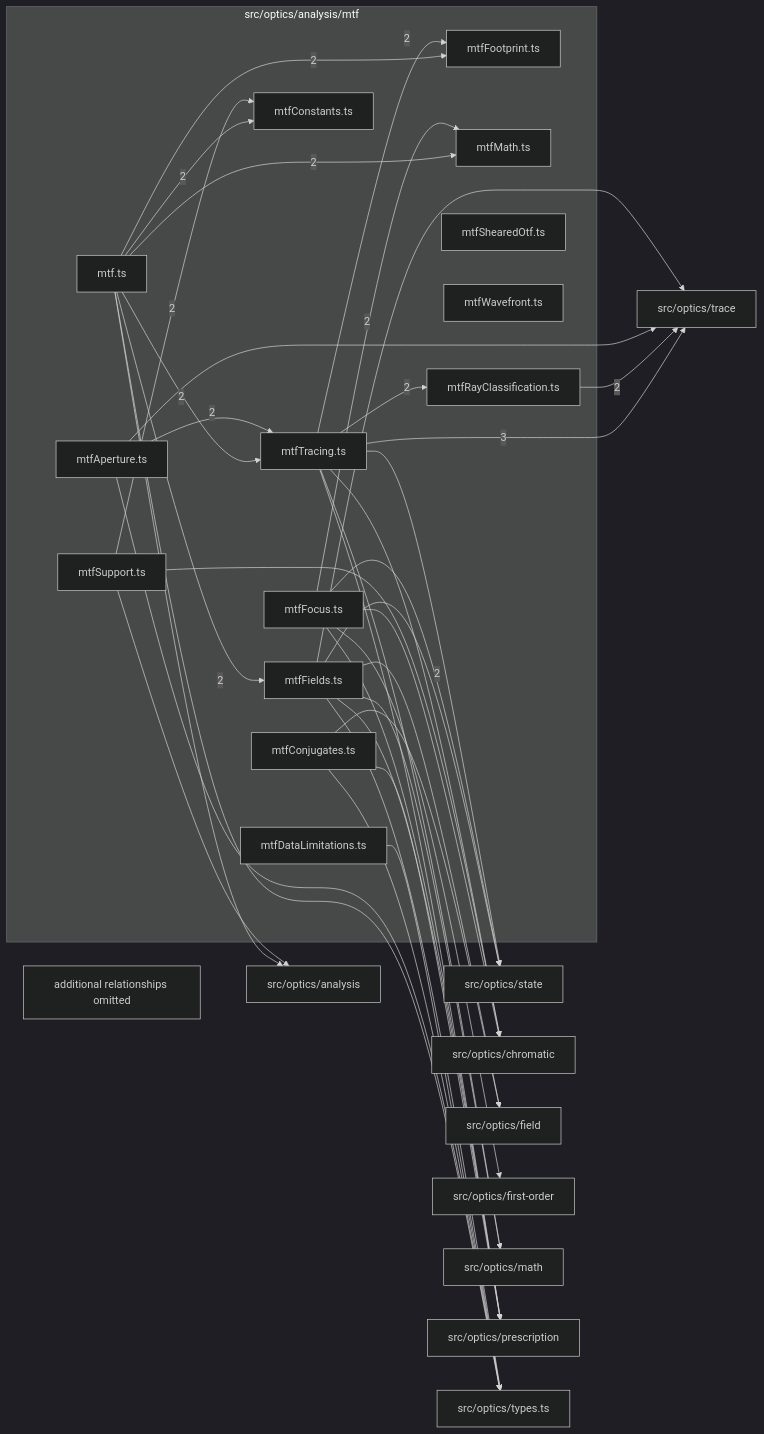
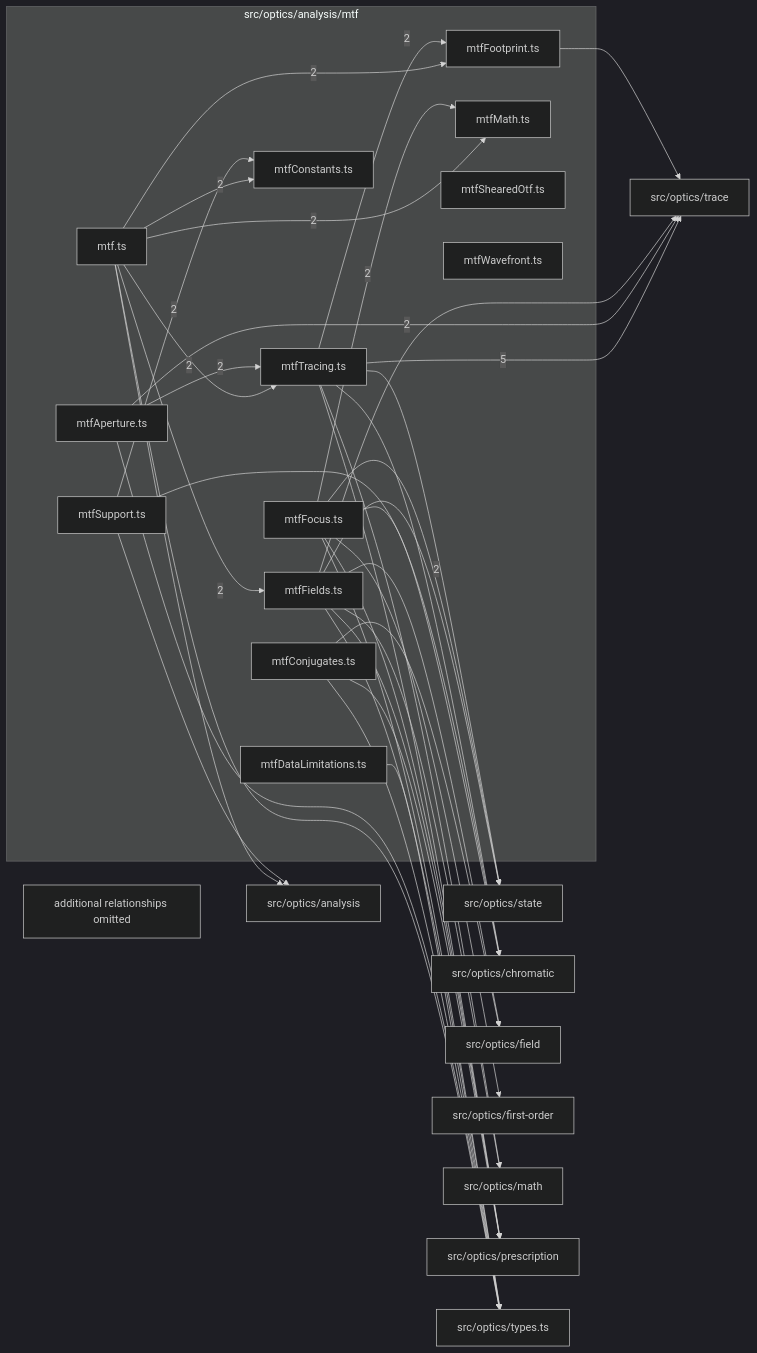
The diagram in src/optics/analysis/mtf/readme.md (ronbuening/LensVisualizer), drawn with Mermaid (dark theme) before and after one commit. The commit also changed other lines of this file and 7 other files, not shown here.

````diff
--- a/src/optics/analysis/mtf/readme.md
+++ b/src/optics/analysis/mtf/readme.md
@@ -9,65 +9,64 @@
 ```mermaid
 flowchart LR
   subgraph n_src_optics_analysis_mtf["src/optics/analysis/mtf"]
     n_src_optics_analysis_mtf_src_optics_analysis_mtf_mtf_ts["mtf.ts"]
     n_src_optics_analysis_mtf_src_optics_analysis_mtf_mtfAperture_ts["mtfAperture.ts"]
     n_src_optics_analysis_mtf_src_optics_analysis_mtf_mtfConjugates_ts["mtfConjugates.ts"]
     n_src_optics_analysis_mtf_src_optics_analysis_mtf_mtfConstants_ts["mtfConstants.ts"]
     n_src_optics_analysis_mtf_src_optics_analysis_mtf_mtfDataLimitations_ts["mtfDataLimitations.ts"]
     n_src_optics_analysis_mtf_src_optics_analysis_mtf_mtfFields_ts["mtfFields.ts"]
     n_src_optics_analysis_mtf_src_optics_analysis_mtf_mtfFocus_ts["mtfFocus.ts"]
     n_src_optics_analysis_mtf_src_optics_analysis_mtf_mtfFootprint_ts["mtfFootprint.ts"]
     n_src_optics_analysis_mtf_src_optics_analysis_mtf_mtfMath_ts["mtfMath.ts"]
-    n_src_optics_analysis_mtf_src_optics_analysis_mtf_mtfRayClassification_ts["mtfRayClassification.ts"]
     n_src_optics_analysis_mtf_src_optics_analysis_mtf_mtfShearedOtf_ts["mtfShearedOtf.ts"]
     n_src_optics_analysis_mtf_src_optics_analysis_mtf_mtfSupport_ts["mtfSupport.ts"]
     n_src_optics_analysis_mtf_src_optics_analysis_mtf_mtfTracing_ts["mtfTracing.ts"]
     n_src_optics_analysis_mtf_src_optics_analysis_mtf_mtfWavefront_ts["mtfWavefront.ts"]
   end
   n_external_src_optics_trace["src/optics/trace"]
   n_external_src_optics_state["src/optics/state"]
   n_external_src_optics_analysis["src/optics/analysis"]
   n_external_src_optics_chromatic["src/optics/chromatic"]
   n_external_src_optics_field["src/optics/field"]
   n_external_src_optics_first_order["src/optics/first-order"]
   n_external_src_optics_math["src/optics/math"]
   n_external_src_optics_prescription["src/optics/prescription"]
   n_external_src_optics_types_ts["src/optics/types.ts"]
-  n_src_optics_analysis_mtf_src_optics_analysis_mtf_mtfTracing_ts --> |3| n_external_src_optics_trace
+  n_src_optics_analysis_mtf_src_optics_analysis_mtf_mtfTracing_ts --> |5| n_external_src_optics_trace
   n_src_optics_analysis_mtf_src_optics_analysis_mtf_mtfFields_ts --> |2| n_external_src_optics_state
-  n_src_optics_analysis_mtf_src_optics_analysis_mtf_mtfRayClassification_ts --> |2| n_external_src_optics_trace
+  n_src_optics_analysis_mtf_src_optics_analysis_mtf_mtfAperture_ts --> |2| n_external_src_optics_trace
   n_src_optics_analysis_mtf_src_optics_analysis_mtf_mtf_ts --> |2| n_src_optics_analysis_mtf_src_optics_analysis_mtf_mtfConstants_ts
   n_src_optics_analysis_mtf_src_optics_analysis_mtf_mtfSupport_ts --> |2| n_src_optics_analysis_mtf_src_optics_analysis_mtf_mtfConstants_ts
   n_src_optics_analysis_mtf_src_optics_analysis_mtf_mtf_ts --> |2| n_src_optics_analysis_mtf_src_optics_analysis_mtf_mtfFields_ts
   n_src_optics_analysis_mtf_src_optics_analysis_mtf_mtf_ts --> |2| n_src_optics_analysis_mtf_src_optics_analysis_mtf_mtfFootprint_ts
   n_src_optics_analysis_mtf_src_optics_analysis_mtf_mtfTracing_ts --> |2| n_src_optics_analysis_mtf_src_optics_analysis_mtf_mtfFootprint_ts
   n_src_optics_analysis_mtf_src_optics_analysis_mtf_mtf_ts --> |2| n_src_optics_analysis_mtf_src_optics_analysis_mtf_mtfMath_ts
   n_src_optics_analysis_mtf_src_optics_analysis_mtf_mtfFocus_ts --> |2| n_src_optics_analysis_mtf_src_optics_analysis_mtf_mtfMath_ts
-  n_src_optics_analysis_mtf_src_optics_analysis_mtf_mtfTracing_ts --> |2| n_src_optics_analysis_mtf_src_optics_analysis_mtf_mtfRayClassification_ts
   n_src_optics_analysis_mtf_src_optics_analysis_mtf_mtf_ts --> |2| n_src_optics_analysis_mtf_src_optics_analysis_mtf_mtfTracing_ts
   n_src_optics_analysis_mtf_src_optics_analysis_mtf_mtfAperture_ts --> |2| n_src_optics_analysis_mtf_src_optics_analysis_mtf_mtfTracing_ts
   n_src_optics_analysis_mtf_src_optics_analysis_mtf_mtf_ts --> n_external_src_optics_analysis
   n_src_optics_analysis_mtf_src_optics_analysis_mtf_mtfSupport_ts --> n_external_src_optics_analysis
   n_src_optics_analysis_mtf_src_optics_analysis_mtf_mtfFocus_ts --> n_external_src_optics_chromatic
   n_src_optics_analysis_mtf_src_optics_analysis_mtf_mtfSupport_ts --> n_external_src_optics_chromatic
   n_src_optics_analysis_mtf_src_optics_analysis_mtf_mtfTracing_ts --> n_external_src_optics_chromatic
   n_src_optics_analysis_mtf_src_optics_analysis_mtf_mtfConjugates_ts --> n_external_src_optics_field
   n_src_optics_analysis_mtf_src_optics_analysis_mtf_mtfFields_ts --> n_external_src_optics_field
   n_src_optics_analysis_mtf_src_optics_analysis_mtf_mtfFocus_ts --> n_external_src_optics_first_order
   n_src_optics_analysis_mtf_src_optics_analysis_mtf_mtfFields_ts --> n_external_src_optics_math
   n_src_optics_analysis_mtf_src_optics_analysis_mtf_mtfTracing_ts --> n_external_src_optics_math
   n_src_optics_analysis_mtf_src_optics_analysis_mtf_mtfConjugates_ts --> n_external_src_optics_prescription
   n_src_optics_analysis_mtf_src_optics_analysis_mtf_mtfFields_ts --> n_external_src_optics_prescription
   n_src_optics_analysis_mtf_src_optics_analysis_mtf_mtfFocus_ts --> n_external_src_optics_prescription
   n_src_optics_analysis_mtf_src_optics_analysis_mtf_mtfTracing_ts --> n_external_src_optics_prescription
   n_src_optics_analysis_mtf_src_optics_analysis_mtf_mtfFocus_ts --> n_external_src_optics_state
   n_src_optics_analysis_mtf_src_optics_analysis_mtf_mtfTracing_ts --> n_external_src_optics_state
-  n_src_optics_analysis_mtf_src_optics_analysis_mtf_mtfAperture_ts --> n_external_src_optics_trace
   n_src_optics_analysis_mtf_src_optics_analysis_mtf_mtfFields_ts --> n_external_src_optics_trace
+  n_src_optics_analysis_mtf_src_optics_analysis_mtf_mtfFootprint_ts --> n_external_src_optics_trace
   n_src_optics_analysis_mtf_src_optics_analysis_mtf_mtf_ts --> n_external_src_optics_types_ts
   n_src_optics_analysis_mtf_src_optics_analysis_mtf_mtfAperture_ts --> n_external_src_optics_types_ts
   n_src_optics_analysis_mtf_src_optics_analysis_mtf_mtfConjugates_ts --> n_external_src_optics_types_ts
   n_src_optics_analysis_mtf_src_optics_analysis_mtf_mtfDataLimitations_ts --> n_external_src_optics_types_ts
   n_src_optics_analysis_mtf_src_optics_analysis_mtf_mtfFields_ts --> n_external_src_optics_types_ts
+  n_src_optics_analysis_mtf_src_optics_analysis_mtf_mtfFocus_ts --> n_external_src_optics_types_ts
   n_src_optics_analysis_mtf_truncated["additional relationships omitted"]
 ```
````
